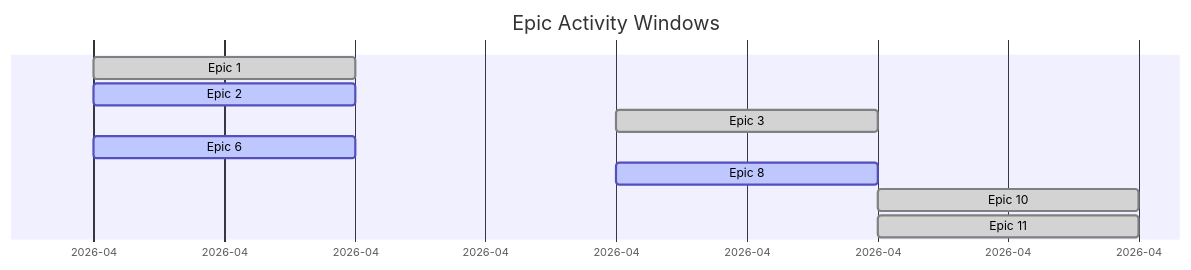
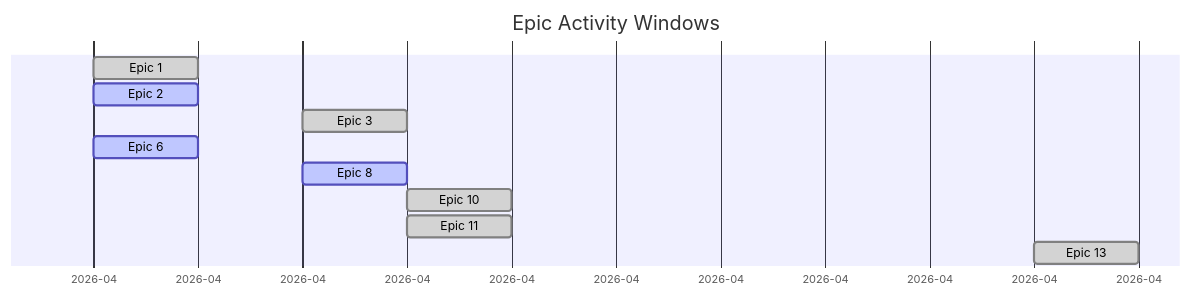
One commit to wegofwd2020-hub/StudyBuddy_OnDemand changed the diagram in docs/PROGRESS.md. Above: the diagram before and after it, drawn with Mermaid. The commit also changed other lines of this file, not shown here.

````diff
--- a/docs/PROGRESS.md
+++ b/docs/PROGRESS.md
@@ -9,13 +9,14 @@
 ```mermaid
 gantt
     title Epic Activity Windows
     dateFormat YYYY-MM-DD
     axisFormat %Y-%m
     Epic 1  :done, e1, 2026-04-12, 2026-04-13
     Epic 2  :active, e2, 2026-04-12, 2026-04-13
     Epic 3  :done, e3, 2026-04-14, 2026-04-15
     Epic 6  :active, e6, 2026-04-12, 2026-04-13
     Epic 8  :active, e8, 2026-04-14, 2026-04-15
     Epic 10 :done, e10, 2026-04-15, 2026-04-16
     Epic 11 :done, e11, 2026-04-15, 2026-04-16
+    Epic 13 :done, e13, 2026-04-21, 2026-04-22
 ```
````
